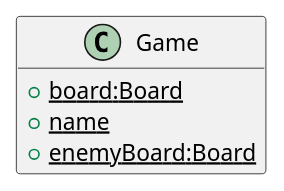
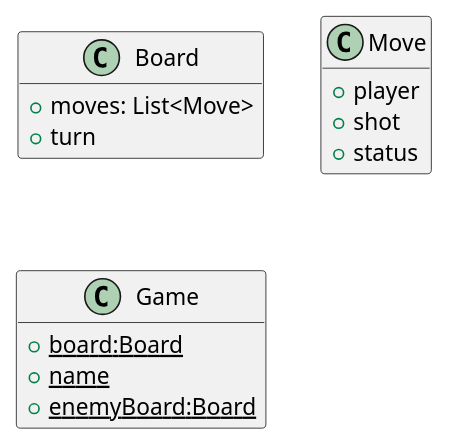
The diagram in src/main/kotlin/model/Game.puml (ISEL-STRESSES/Battleship), drawn with PlantUML before and after one commit. The commit also changed 8 other files, not shown here.

```diff
--- a/src/main/kotlin/model/Game.puml
+++ b/src/main/kotlin/model/Game.puml
@@ -3,12 +3,20 @@
 @startuml
 hide empty members
+
+class Board{
++moves: List<Move>
++turn
+}
+class Move{
++player
++shot
++status
+}
 
 class Game{
 {static} +board:Board
 {static} +name
 {static} +enemyBoard:Board
-
-
 }
 'https://plantuml.com/class-diagram
 @enduml
```
